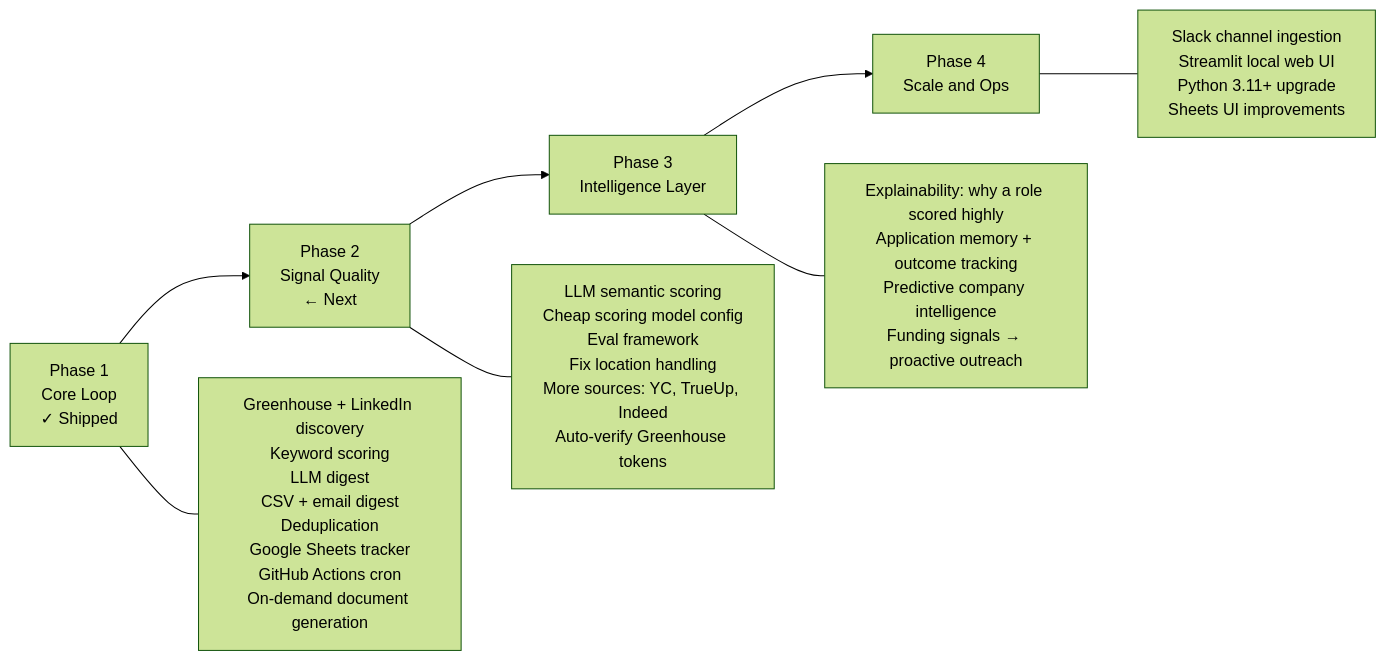
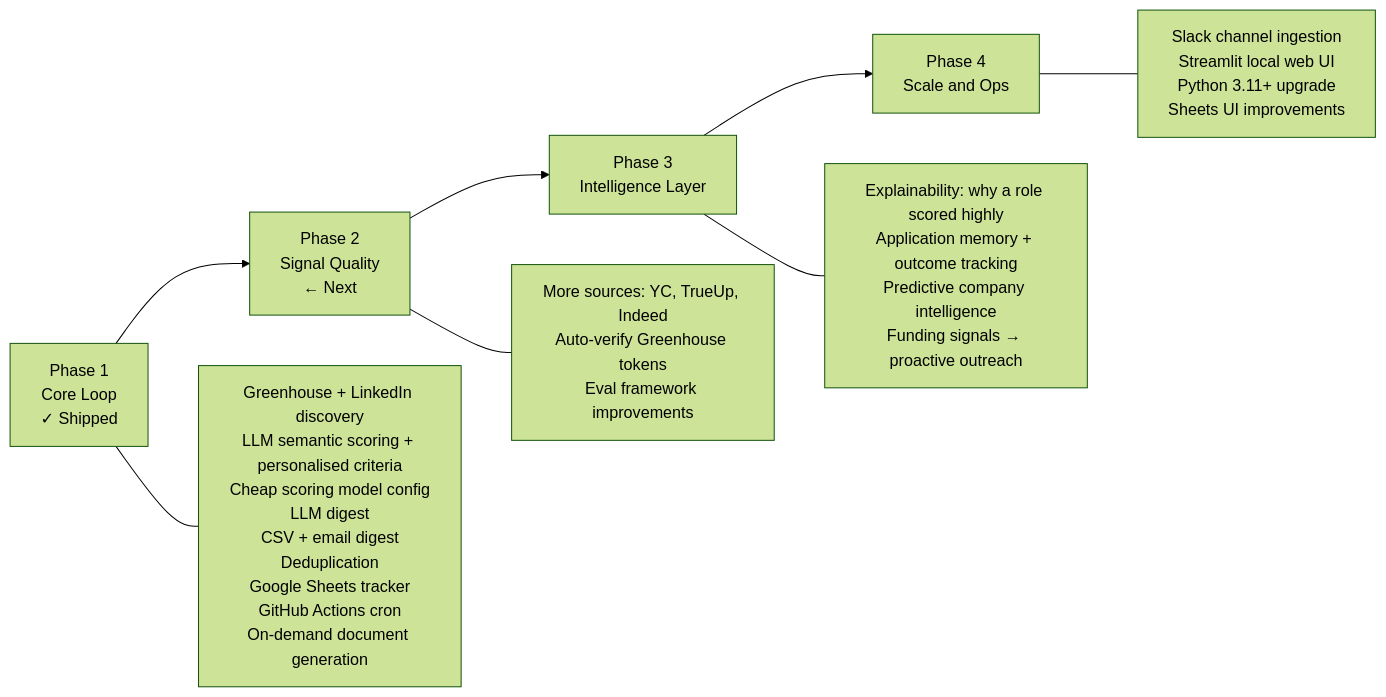
One commit to ravigahlla/pm-job-agent changed the second of 2 diagrams in README.md. Above: the diagram before and after it, drawn with Mermaid (forest theme). The commit also changed other lines of this file and 5 other files, not shown here.

````diff
--- a/README.md
+++ b/README.md
@@ -324,17 +325,17 @@
 ```mermaid
 flowchart LR
   p1["Phase 1\nCore Loop\n✓ Shipped"]
   p2["Phase 2\nSignal Quality\n← Next"]
   p3["Phase 3\nIntelligence Layer"]
   p4["Phase 4\nScale and Ops"]
 
   p1 --> p2 --> p3 --> p4
 
-  p1 --- s1["Greenhouse + LinkedIn discovery\nKeyword scoring\nLLM digest\nCSV + email digest\nDeduplication\nGoogle Sheets tracker\nGitHub Actions cron\nOn-demand document generation"]
+  p1 --- s1["Greenhouse + LinkedIn discovery\nLLM semantic scoring + personalised criteria\nCheap scoring model config\nLLM digest\nCSV + email digest\nDeduplication\nGoogle Sheets tracker\nGitHub Actions cron\nOn-demand document generation"]
 
-  p2 --- s2["LLM semantic scoring\nCheap scoring model config\nEval framework\nFix location handling\nMore sources: YC, TrueUp, Indeed\nAuto-verify Greenhouse tokens"]
+  p2 --- s2["More sources: YC, TrueUp, Indeed\nAuto-verify Greenhouse tokens\nEval framework improvements"]
 
   p3 --- s3["Explainability: why a role scored highly\nApplication memory + outcome tracking\nPredictive company intelligence\nFunding signals → proactive outreach"]
 
   p4 --- s4["Slack channel ingestion\nStreamlit local web UI\nPython 3.11+ upgrade\nSheets UI improvements"]
 ```
````
